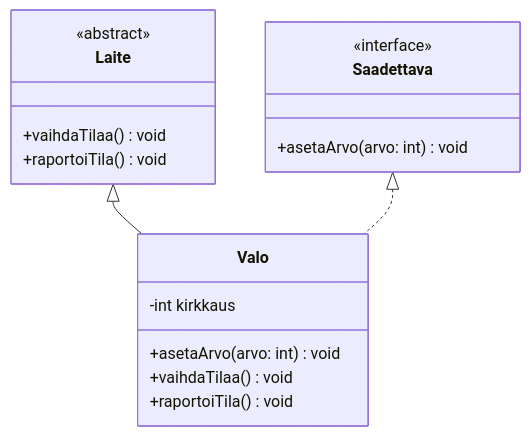
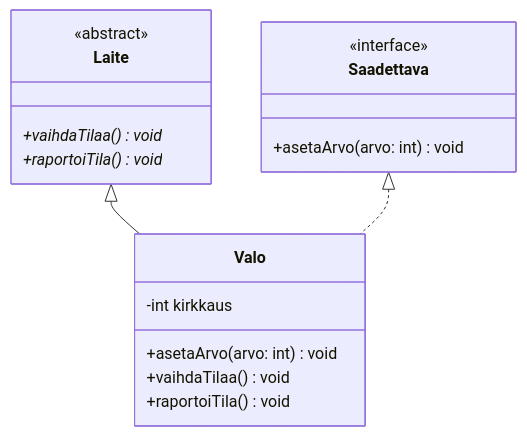
Before and after one commit to ohj-perus-jy/ohj2: the diagram in src/osa4/01-rajapinta.md, drawn with Mermaid. The commit also changed other lines of this file and 26 other files, not shown here.

First line of the commit message:
Kaavioiden selitykset beautiful-mermaidin merkintöihin

````diff
--- a/src/osa4/01-rajapinta.md
+++ b/src/osa4/01-rajapinta.md
@@ -138,23 +139,23 @@
 ```mermaid
 classDiagram
 class Saadettava {
     <<interface>>
     +asetaArvo(arvo: int) void
 }
 
 class Laite {
     <<abstract>>
-    +vaihdaTilaa() void
-    +raportoiTila() void
+    +vaihdaTilaa()* void
+    +raportoiTila()* void
 }
 
 class Valo {
     -int kirkkaus
     +asetaArvo(arvo: int) void
     +vaihdaTilaa() void
     +raportoiTila() void
 }
 
 Laite <|-- Valo
 Saadettava <|.. Valo
 ```
````
